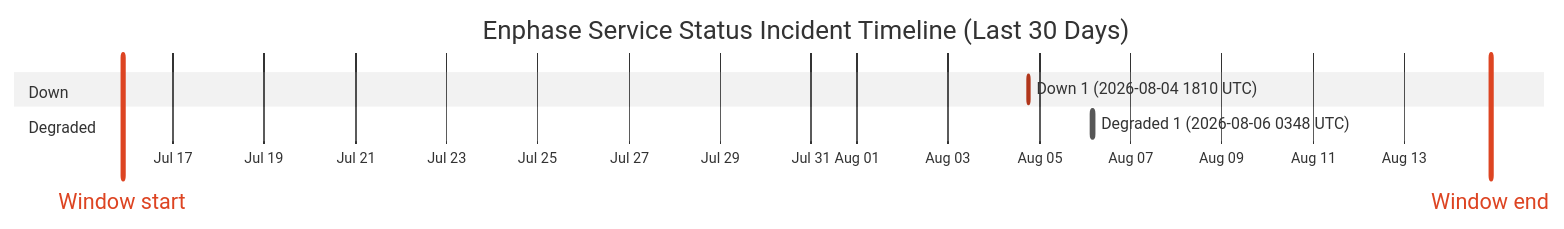
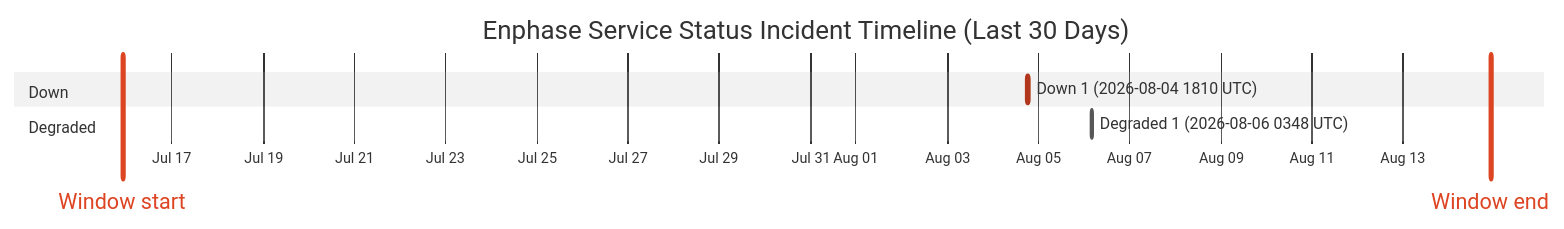
The diagram in wiki/Service-Status-History.md (barneyonline/ha-enphase-energy), drawn with Mermaid (neutral theme) before and after one commit. The commit also changed other lines of this file and 3 other files, not shown here.

````diff
--- a/wiki/Service-Status-History.md
+++ b/wiki/Service-Status-History.md
@@ -14,12 +14,12 @@
 ```mermaid
 gantt
     title Enphase Service Status Incident Timeline (Last 30 Days)
     dateFormat  YYYY-MM-DDTHH:mm:ss
     axisFormat  %b %d
-    Window start :vert, window-start, 2026-07-15T21:29:21, 0ms
-    Window end :vert, window-end, 2026-08-14T21:29:21, 0ms
+    Window start :vert, window-start, 2026-07-15T21:51:42, 0ms
+    Window end :vert, window-end, 2026-08-14T21:51:42, 0ms
     section Down
     Down 1 (2026-08-04 1810 UTC) :crit, down-1, 2026-08-04T18:10:46, 60m
     section Degraded
     Degraded 1 (2026-08-06 0348 UTC) :active, degraded-1, 2026-08-06T03:48:14, 60m
 ```
````
